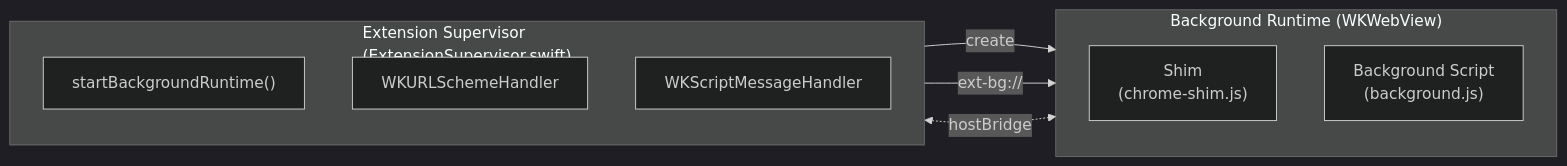
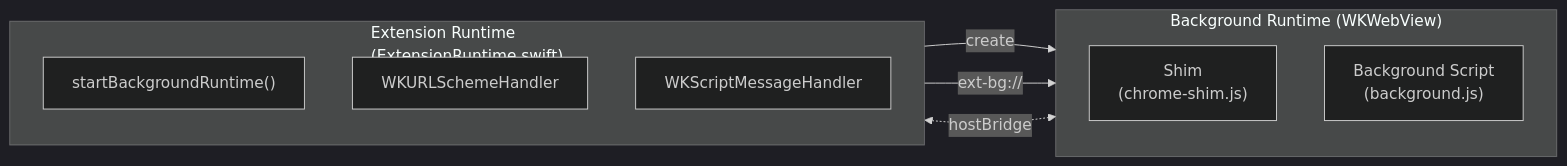
The third of 7 diagrams in docs/architecture.md (easonwong-de/Wirt), drawn with Mermaid (dark theme) before and after one commit. The commit also changed other lines of this file and 2 other files, not shown here.

Commit message:
docs: update system architecture and contributing guide

````diff
--- a/docs/architecture.md
+++ b/docs/architecture.md
@@ -82,19 +85,19 @@
 ```mermaid
 flowchart LR
-    subgraph SupervisorSub["Extension Supervisor<br/>(ExtensionSupervisor.swift)"]
+    subgraph SupervisorSub["Extension Runtime<br/>(ExtensionRuntime.swift)"]
         direction TB
         Init["startBackgroundRuntime()"]
         Scheme["WKURLSchemeHandler"]
         Bridge["WKScriptMessageHandler"]
     end
 
     subgraph RuntimeSub["Background Runtime (WKWebView)"]
         direction TB
         Shim["Shim<br/>(chrome-shim.js)"]
         Script["Background Script<br/>(background.js)"]
     end
 
     Init -->|"create"| RuntimeSub
     Scheme -->|"ext-bg://"| RuntimeSub
     Bridge <-.->|"hostBridge"| RuntimeSub
 ```
````
